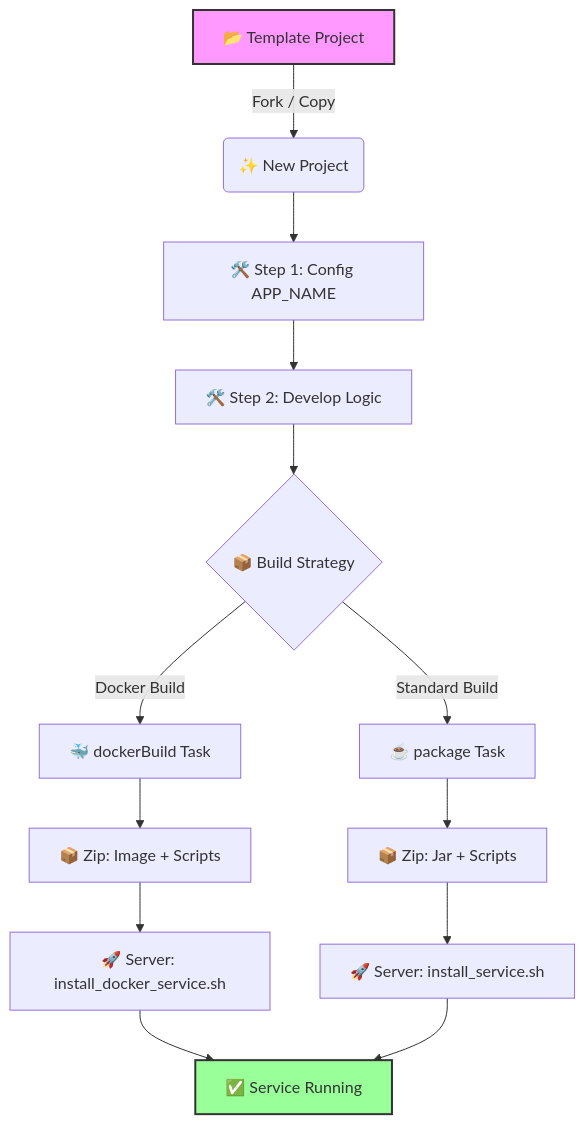
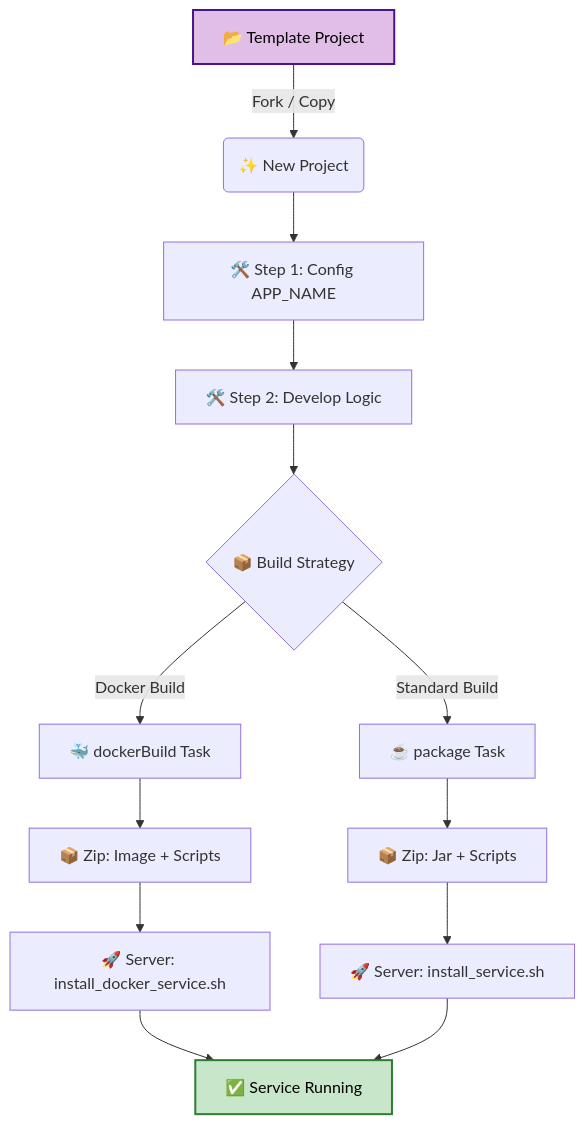
Before and after one commit to MJ-Youn/build-template: the diagram in README.md, drawn with Mermaid.

Commit message:
readme diagram 수정

````diff
--- a/README.md
+++ b/README.md
@@ -168,23 +168,23 @@
 ```mermaid
 graph TD
     A[📂 Template Project] -->|Fork / Copy| B(✨ New Project);
     
     B --> C[🛠️ Step 1: Config APP_NAME];
     C --> D[🛠️ Step 2: Develop Logic];
     
     D --> F{📦 Build Strategy};
     
     F -->|Docker Build| G[🐳 dockerBuild Task];
     G --> H[📦 Zip: Image + Scripts];
     H --> I[🚀 Server: install_docker_service.sh];
     
     F -->|Standard Build| J[☕ package Task];
     J --> K[📦 Zip: Jar + Scripts];
     K --> L[🚀 Server: install_service.sh];
 
     I --> M[✅ Service Running];
     L --> M;
     
-    style A fill:#f9f,stroke:#333,stroke-width:2px
-    style M fill:#9f9,stroke:#333,stroke-width:2px
+    style A fill:#E1BEE7,stroke:#4A148C,stroke-width:2px,color:#000
+    style M fill:#C8E6C9,stroke:#2E7D32,stroke-width:2px,color:#000
 ```
````
